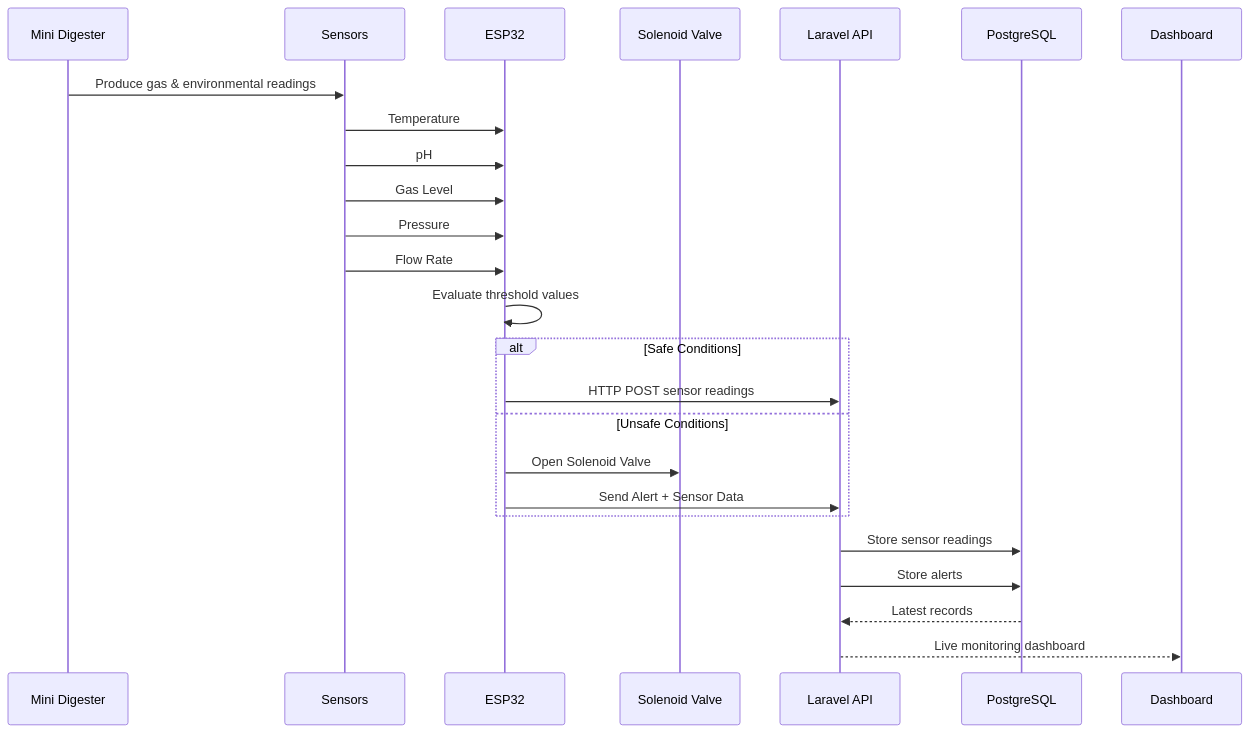
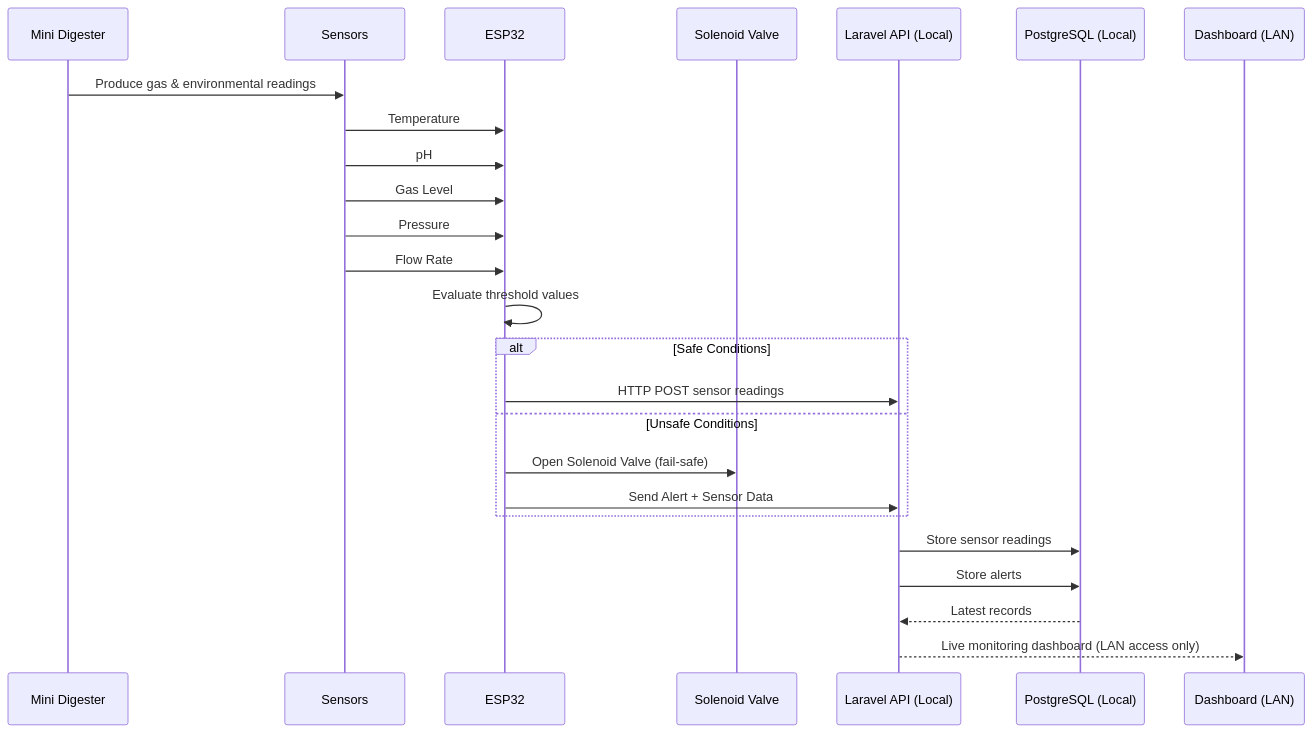
Before and after one commit to lastimosocharls-gif/Project-SULO: the second of 3 diagrams in documentation/SYSTEM_ARCHITECTURE.MD, drawn with Mermaid. The commit also changed other lines of this file and 31 other files, not shown here.

First line of the commit message:
feat: implement full local-only SULO system (firmware + backend + dashboard)

````diff
--- a/documentation/SYSTEM_ARCHITECTURE.MD
+++ b/documentation/SYSTEM_ARCHITECTURE.MD
@@ -77,39 +71,34 @@
 ```mermaid
 sequenceDiagram
 
 participant D as Mini Digester
 participant S as Sensors
 participant E as ESP32
 participant V as Solenoid Valve
-participant L as Laravel API
-participant DB as PostgreSQL
-participant W as Dashboard
+participant L as Laravel API (Local)
+participant DB as PostgreSQL (Local)
+participant W as Dashboard (LAN)
 
 D->>S: Produce gas & environmental readings
 
 S->>E: Temperature
 S->>E: pH
 S->>E: Gas Level
 S->>E: Pressure
 S->>E: Flow Rate
 
 E->>E: Evaluate threshold values
 
 alt Safe Conditions
-
     E->>L: HTTP POST sensor readings
-
 else Unsafe Conditions
-
-    E->>V: Open Solenoid Valve
+    E->>V: Open Solenoid Valve (fail-safe)
     E->>L: Send Alert + Sensor Data
-
 end
 
 L->>DB: Store sensor readings
 L->>DB: Store alerts
 
 DB-->>L: Latest records
-
-L-->>W: Live monitoring dashboard
+L-->>W: Live monitoring dashboard (LAN access only)
 ```
````
